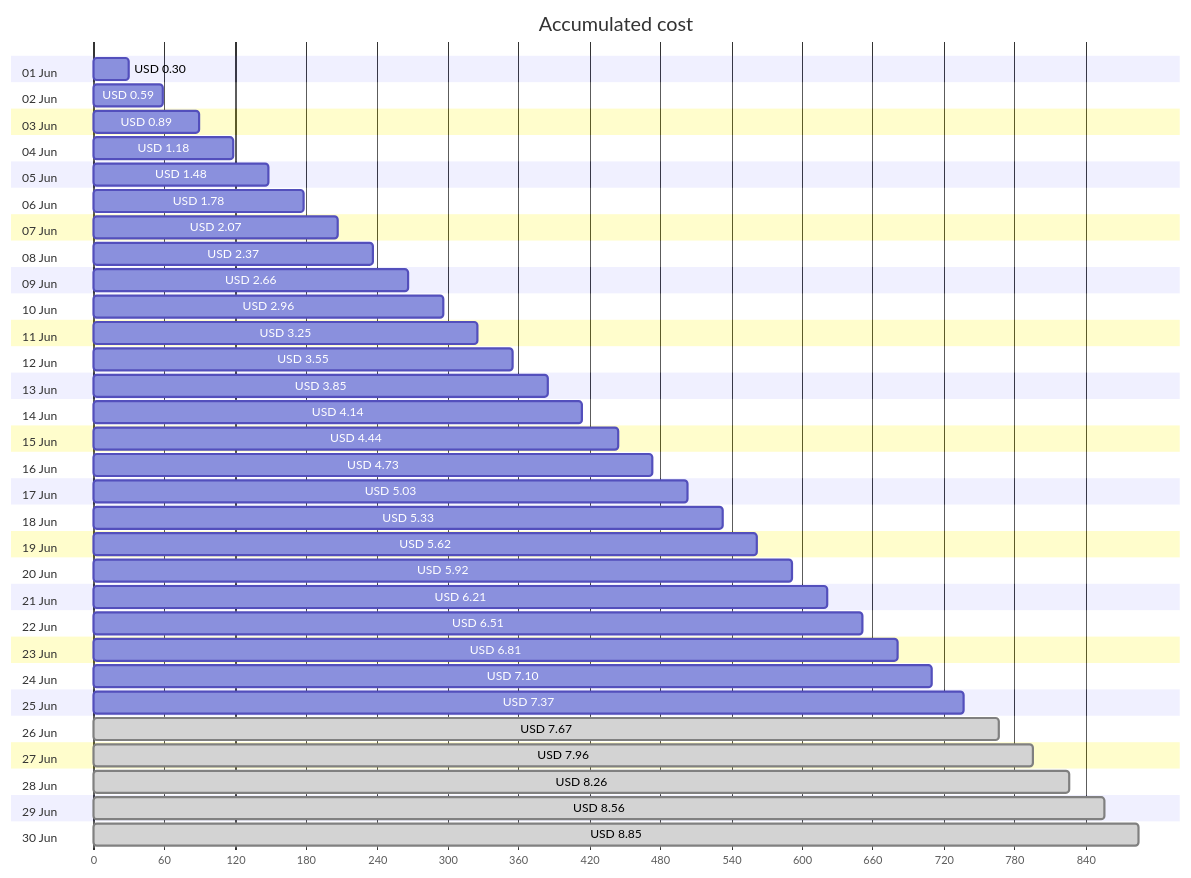
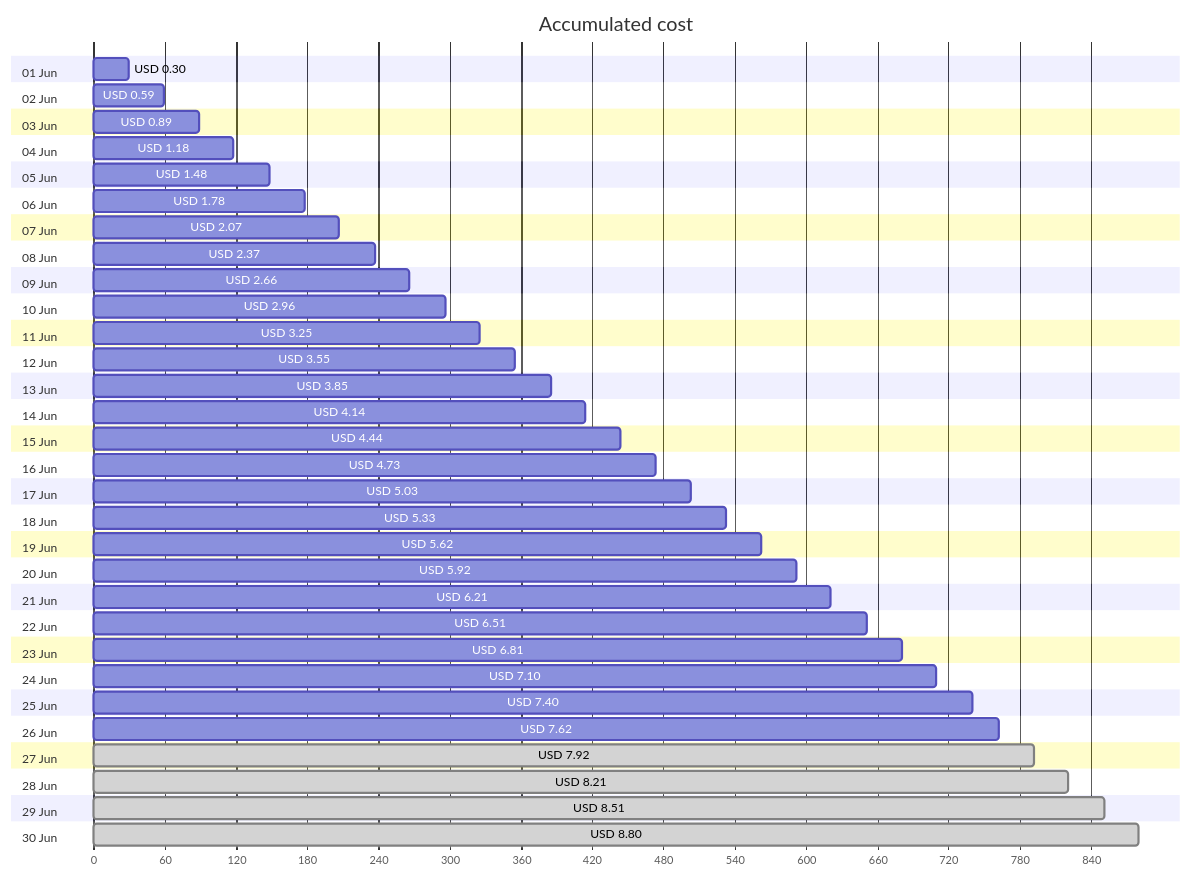
One commit to jpfulton/azure-personal-reports changed the first of 4 diagrams in cost-reports/personal-site/personal-site-preview.md. Above: the diagram before and after it, drawn with Mermaid. The commit also changed other lines of this file and 6 other files, not shown here.

````diff
--- a/cost-reports/personal-site/personal-site-preview.md
+++ b/cost-reports/personal-site/personal-site-preview.md
@@ -20,66 +20,66 @@
 ```mermaid
 gantt
    title Accumulated cost
    dateFormat  X
    axisFormat %s
    section 01 Jun
    USD 0.30 :0, 30
    section 02 Jun
    USD 0.59 :0, 59
    section 03 Jun
    USD 0.89 :0, 89
    section 04 Jun
    USD 1.18 :0, 118
    section 05 Jun
    USD 1.48 :0, 148
    section 06 Jun
    USD 1.78 :0, 178
    section 07 Jun
    USD 2.07 :0, 207
    section 08 Jun
    USD 2.37 :0, 237
    section 09 Jun
    USD 2.66 :0, 266
    section 10 Jun
    USD 2.96 :0, 296
    section 11 Jun
    USD 3.25 :0, 325
    section 12 Jun
    USD 3.55 :0, 355
    section 13 Jun
    USD 3.85 :0, 385
    section 14 Jun
    USD 4.14 :0, 414
    section 15 Jun
    USD 4.44 :0, 444
    section 16 Jun
    USD 4.73 :0, 473
    section 17 Jun
    USD 5.03 :0, 503
    section 18 Jun
    USD 5.33 :0, 533
    section 19 Jun
    USD 5.62 :0, 562
    section 20 Jun
    USD 5.92 :0, 592
    section 21 Jun
    USD 6.21 :0, 621
    section 22 Jun
    USD 6.51 :0, 651
    section 23 Jun
    USD 6.81 :0, 681
    section 24 Jun
    USD 7.10 :0, 710
    section 25 Jun
-   USD 7.37 :0, 737
+   USD 7.40 :0, 740
    section 26 Jun
-   USD 7.67 : done, 0, 767
+   USD 7.62 :0, 762
    section 27 Jun
-   USD 7.96 : done, 0, 796
+   USD 7.92 : done, 0, 792
    section 28 Jun
-   USD 8.26 : done, 0, 826
+   USD 8.21 : done, 0, 821
    section 29 Jun
-   USD 8.56 : done, 0, 856
+   USD 8.51 : done, 0, 851
    section 30 Jun
-   USD 8.85 : done, 0, 885
+   USD 8.80 : done, 0, 880
 ```
````
